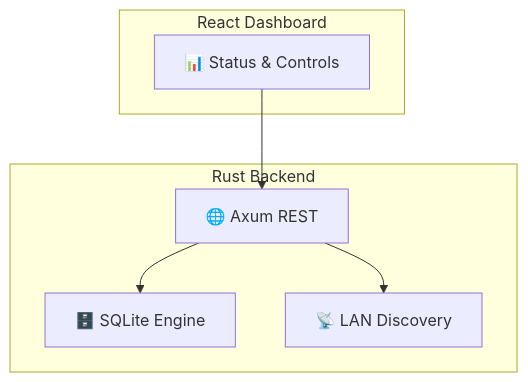
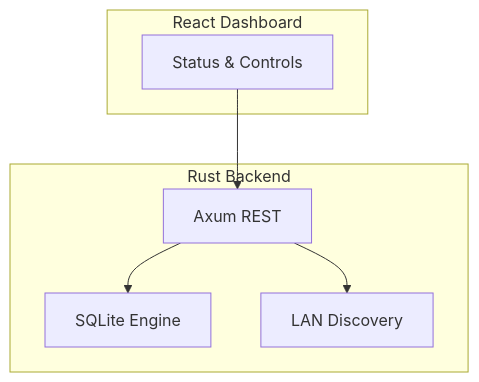
The second of 2 diagrams in README.md (Garletz/ADBA-ANDROIDATABASE), drawn with Mermaid before and after one commit. The commit also changed other lines of this file, not shown here.

````diff
--- a/README.md
+++ b/README.md
@@ -47,16 +47,16 @@
 ```mermaid
 flowchart TB
     subgraph Frontend["React Dashboard"]
-        UI["📊 Status & Controls"]
+        UI["Status & Controls"]
     end
     
     subgraph Backend["Rust Backend"]
-        Server["🌐 Axum REST"]
-        DB["🗄️ SQLite Engine"]
-        mDNS["📡 LAN Discovery"]
+        Server["Axum REST"]
+        DB["SQLite Engine"]
+        mDNS["LAN Discovery"]
     end
     
     UI --> Server
     Server --> DB
     Server --> mDNS
 ```
````
